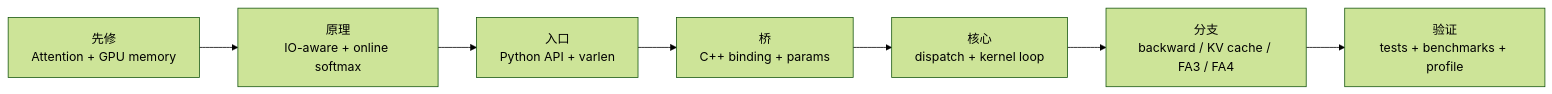
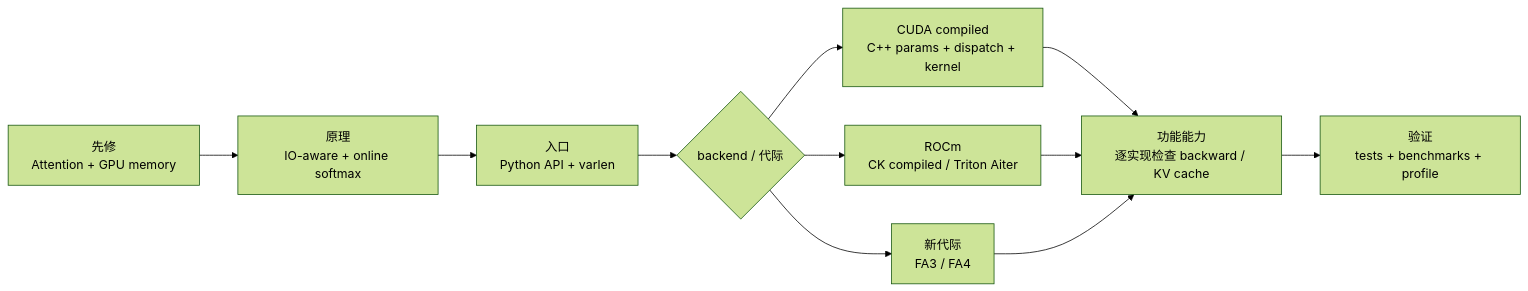
Before and after one commit to OnlyHero5/sglang-reading-vault: the diagram in flash-attn_reading/导读与总览/FlashAttention-学习路径.md, drawn with Mermaid (forest theme). The commit also changed other lines of this file and 512 other files, not shown here.

````diff
--- a/flash-attn_reading/导读与总览/FlashAttention-学习路径.md
+++ b/flash-attn_reading/导读与总览/FlashAttention-学习路径.md
@@ -38,11 +38,16 @@
 ```mermaid
 flowchart LR
     A["先修<br/>Attention + GPU memory"]
     B["原理<br/>IO-aware + online softmax"]
     C["入口<br/>Python API + varlen"]
-    D["桥<br/>C++ binding + params"]
-    E["核心<br/>dispatch + kernel loop"]
-    F["分支<br/>backward / KV cache / FA3 / FA4"]
+    R{"backend / 代际"}
+    D["CUDA compiled<br/>C++ params + dispatch + kernel"]
+    AMD["ROCm<br/>CK compiled / Triton Aiter"]
+    NEW["新代际<br/>FA3 / FA4"]
+    F["功能能力<br/>逐实现检查 backward / KV cache"]
     G["验证<br/>tests + benchmarks + profile"]
-    A --> B --> C --> D --> E --> F --> G
+    A --> B --> C --> R
+    R --> D --> F --> G
+    R --> AMD --> F
+    R --> NEW --> F
 ```
````
